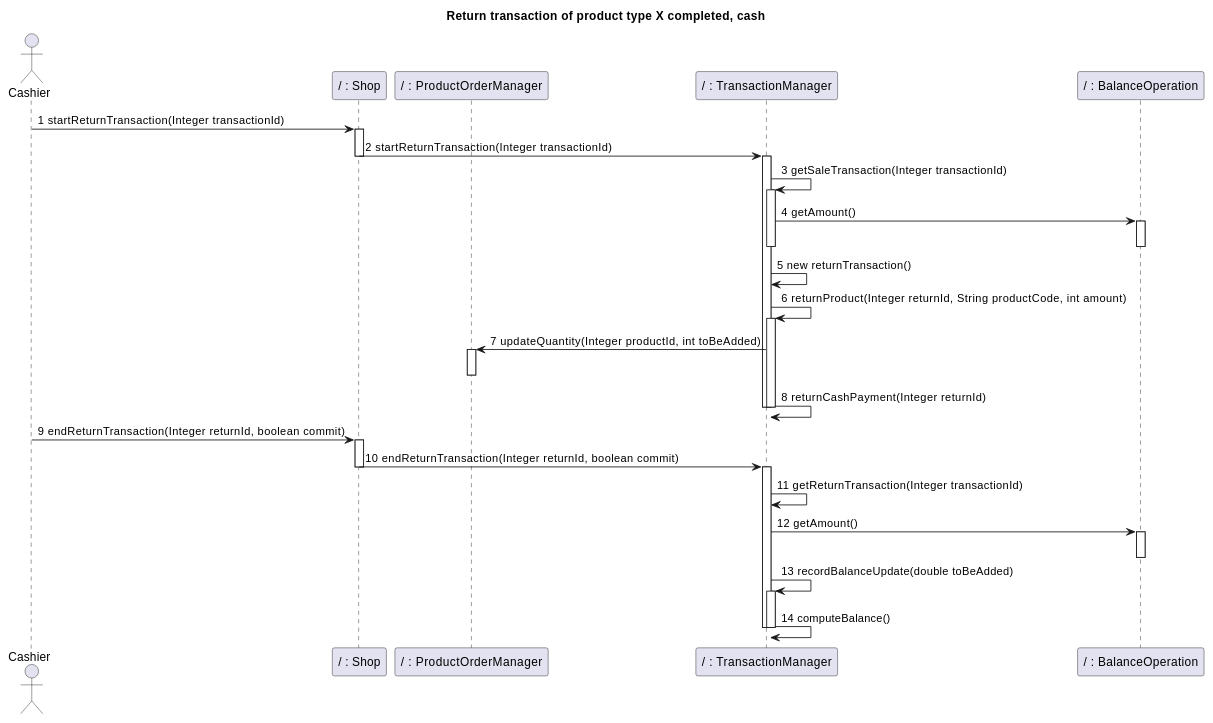
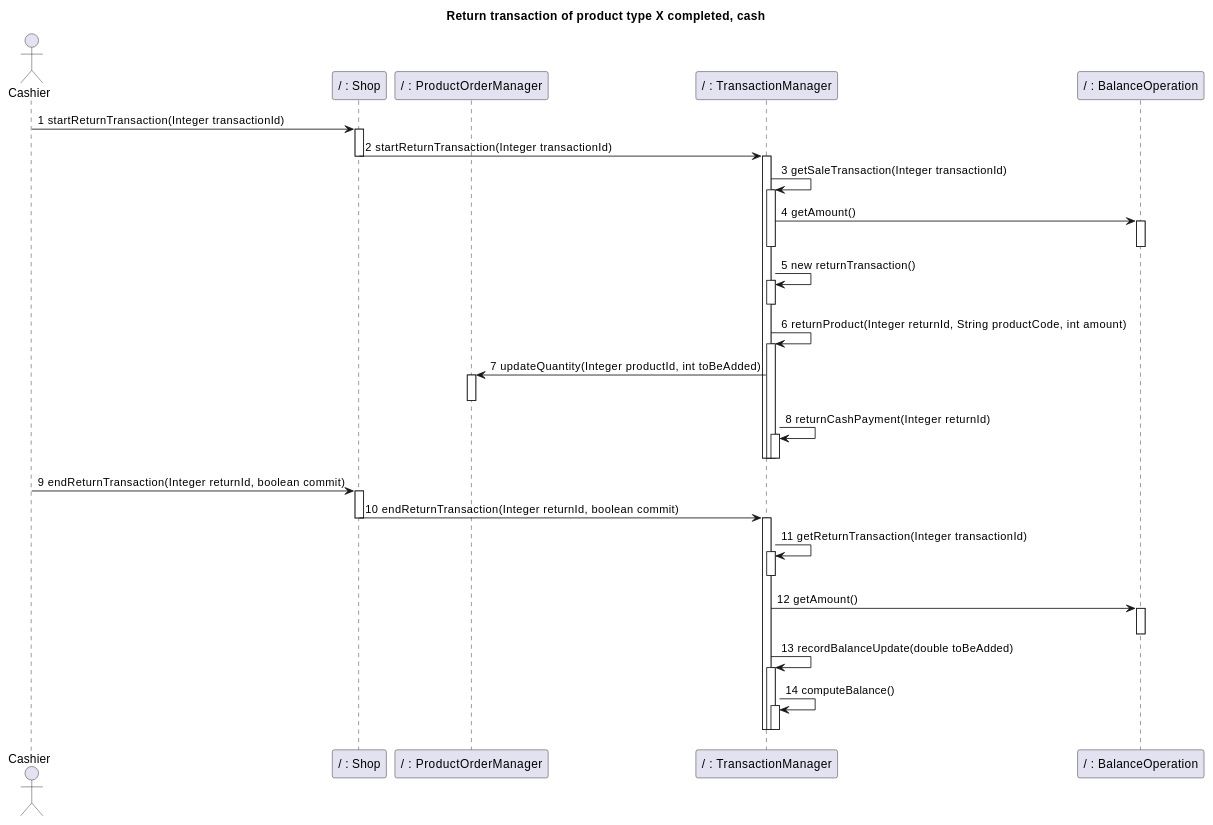
One commit to nicolabattaglino/ezshop changed diagram 29 of 32 in Deliverables/DesignDocument.md. Above: the diagram before and after it, drawn with PlantUML. The commit also changed other lines of this file, not shown here.

````diff
--- a/Deliverables/DesignDocument.md
+++ b/Deliverables/DesignDocument.md
@@ -1418,51 +1418,59 @@
 ```plantuml
 @startuml
 
 title
 Return transaction of product type X completed, cash
 end title
 
 
 actor Cashier
 participant "/ : Shop" as Shop
 participant "/ : ProductOrderManager" as ProductOrderManager
 participant "/ : TransactionManager" as TransactionManager
 participant "/ : BalanceOperation" as BalanceOperation
 Cashier -> Shop :1 startReturnTransaction(Integer transactionId)
 activate Shop
 Shop -> TransactionManager:2 startReturnTransaction(Integer transactionId)
 Deactivate Shop
 activate TransactionManager
 TransactionManager -> TransactionManager:3 getSaleTransaction(Integer transactionId)
 activate TransactionManager
 TransactionManager -> BalanceOperation :4 getAmount()
 activate BalanceOperation
 deactivate BalanceOperation
 deactivate TransactionManager
 TransactionManager -> TransactionManager:5 new returnTransaction()
+activate TransactionManager
+deactivate TransactionManager
 TransactionManager -> TransactionManager:6 returnProduct(Integer returnId, String productCode, int amount)
 activate TransactionManager
 TransactionManager -> ProductOrderManager:7 updateQuantity(Integer productId, int toBeAdded)
 activate ProductOrderManager
 deactivate ProductOrderManager
 TransactionManager -> TransactionManager:8 returnCashPayment(Integer returnId)
+activate TransactionManager
+deactivate TransactionManager
 deactivate TransactionManager 
 deactivate TransactionManager
 Cashier -> Shop :9 endReturnTransaction(Integer returnId, boolean commit)
 activate Shop
 Shop -> TransactionManager:10 endReturnTransaction(Integer returnId, boolean commit)
 deactivate Shop
 activate TransactionManager
 TransactionManager -> TransactionManager:11 getReturnTransaction(Integer transactionId)
+activate TransactionManager
+deactivate TransactionManager
 TransactionManager -> BalanceOperation :12 getAmount()
 activate BalanceOperation
 deactivate BalanceOperation
 TransactionManager -> TransactionManager:13 recordBalanceUpdate(double toBeAdded)
 activate TransactionManager
 TransactionManager -> TransactionManager:14 computeBalance()
+activate TransactionManager
+deactivate TransactionManager
 deactivate TransactionManager
 deactivate TransactionManager
 deactivate TransactionManager 
 
 @enduml
 ```
````
